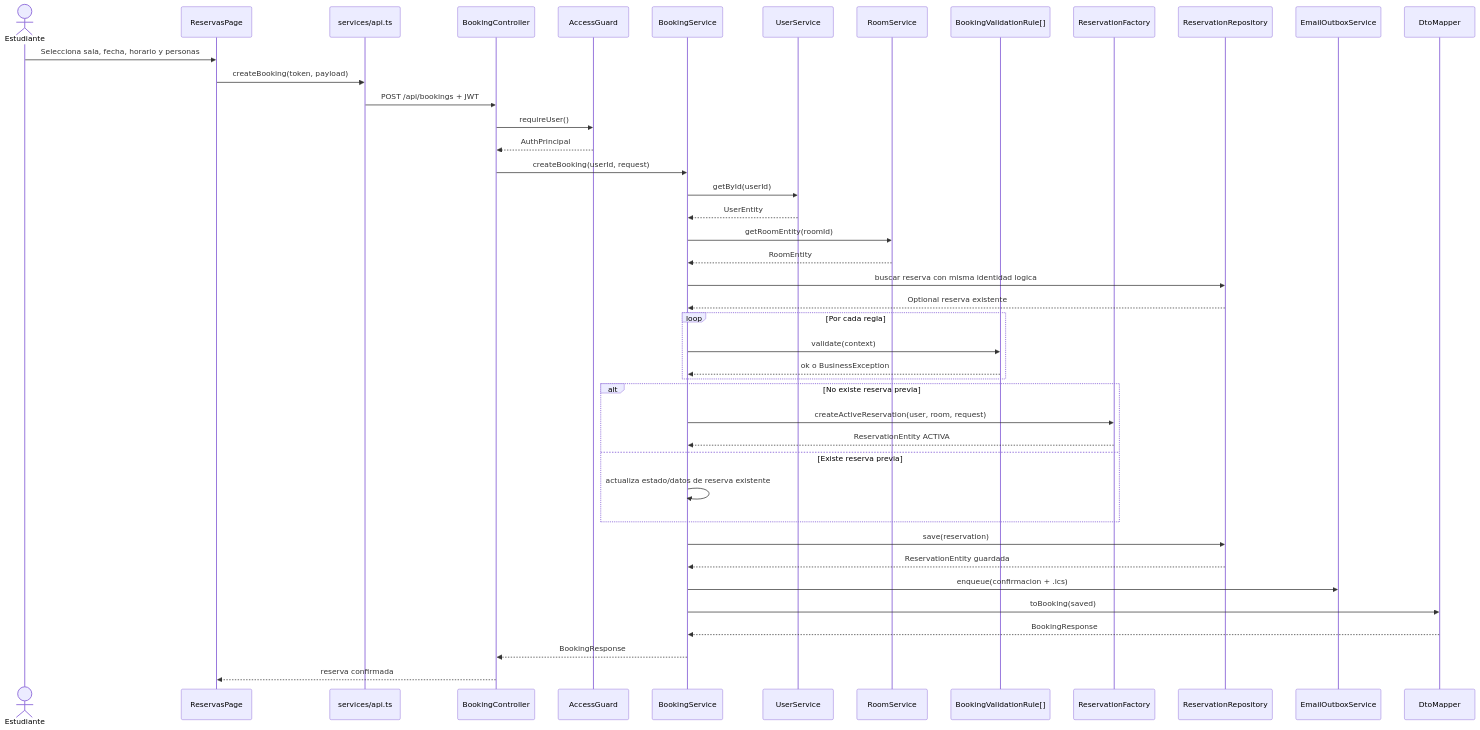
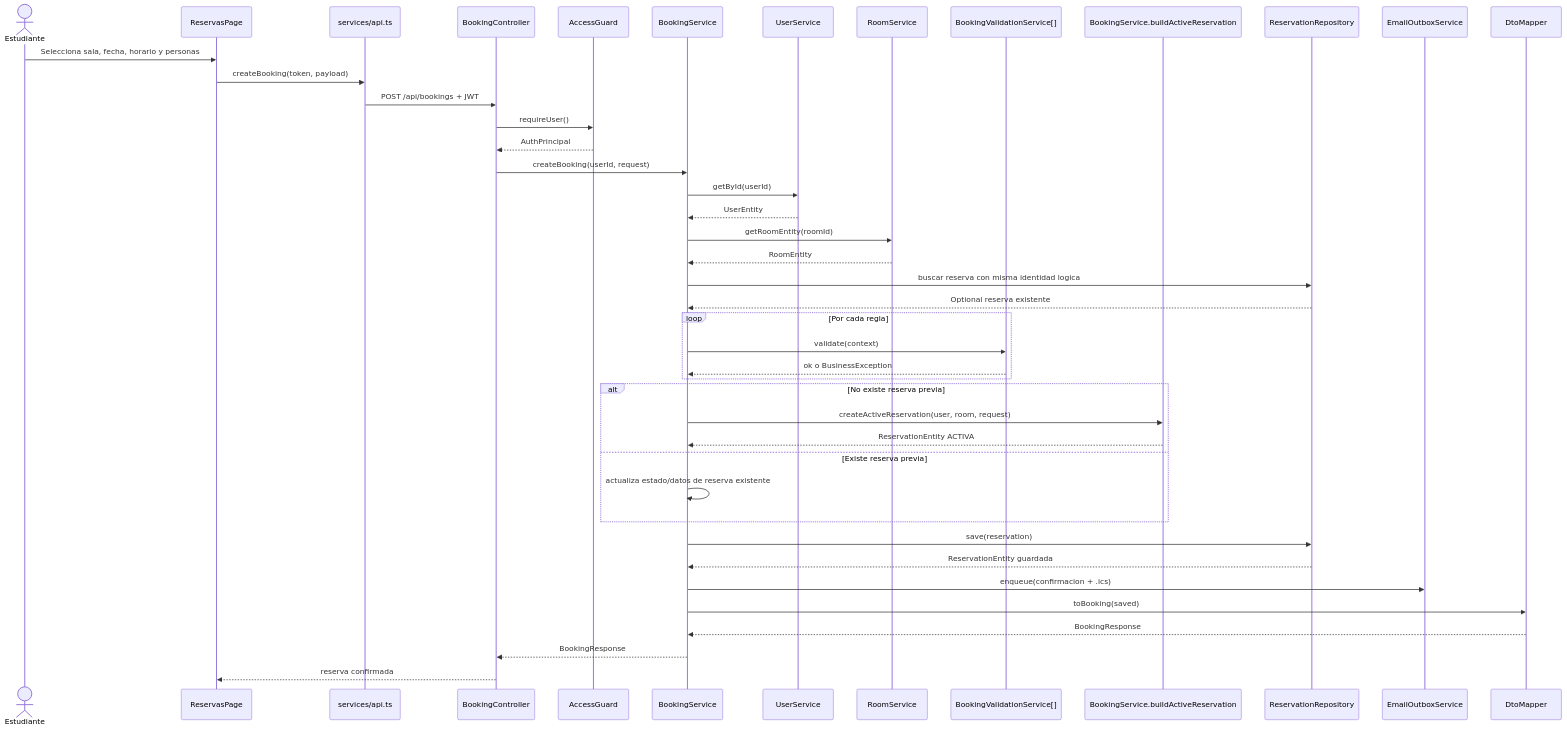
Diagram 13 of 16 in docs/trabajo/arquitectura-diseno-software.md (DasBrot0/Luistudio), drawn with Mermaid before and after one commit. The commit also changed other lines of this file and 46 other files, not shown here.

````diff
--- a/docs/trabajo/arquitectura-diseno-software.md
+++ b/docs/trabajo/arquitectura-diseno-software.md
@@ -692,46 +692,46 @@
 ```mermaid
 sequenceDiagram
     actor Estudiante
     participant UI as ReservasPage
     participant API as services/api.ts
     participant BookingController
     participant AccessGuard
     participant BookingService
     participant UserService
     participant RoomService
-    participant Rule as BookingValidationRule[]
-    participant ReservationFactory
+    participant Rule as BookingValidationService[]
+    participant BookingService.buildActiveReservation
     participant ReservationRepository
     participant EmailOutboxService
     participant DtoMapper
 
     Estudiante->>UI: Selecciona sala, fecha, horario y personas
     UI->>API: createBooking(token, payload)
     API->>BookingController: POST /api/bookings + JWT
     BookingController->>AccessGuard: requireUser()
     AccessGuard-->>BookingController: AuthPrincipal
     BookingController->>BookingService: createBooking(userId, request)
     BookingService->>UserService: getById(userId)
     UserService-->>BookingService: UserEntity
     BookingService->>RoomService: getRoomEntity(roomId)
     RoomService-->>BookingService: RoomEntity
     BookingService->>ReservationRepository: buscar reserva con misma identidad logica
     ReservationRepository-->>BookingService: Optional reserva existente
     loop Por cada regla
         BookingService->>Rule: validate(context)
         Rule-->>BookingService: ok o BusinessException
     end
     alt No existe reserva previa
-        BookingService->>ReservationFactory: createActiveReservation(user, room, request)
-        ReservationFactory-->>BookingService: ReservationEntity ACTIVA
+        BookingService->>BookingService.buildActiveReservation: createActiveReservation(user, room, request)
+        BookingService.buildActiveReservation-->>BookingService: ReservationEntity ACTIVA
     else Existe reserva previa
         BookingService->>BookingService: actualiza estado/datos de reserva existente
     end
     BookingService->>ReservationRepository: save(reservation)
     ReservationRepository-->>BookingService: ReservationEntity guardada
     BookingService->>EmailOutboxService: enqueue(confirmacion + .ics)
     BookingService->>DtoMapper: toBooking(saved)
     DtoMapper-->>BookingService: BookingResponse
     BookingService-->>BookingController: BookingResponse
     BookingController-->>UI: reserva confirmada
 ```
````
